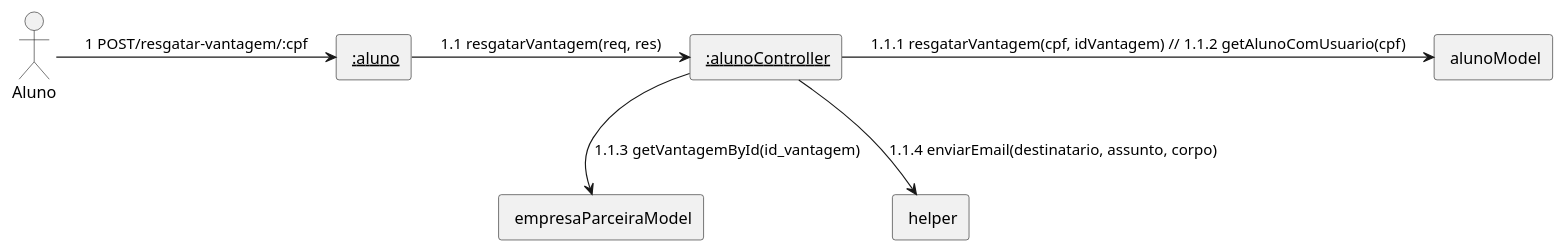
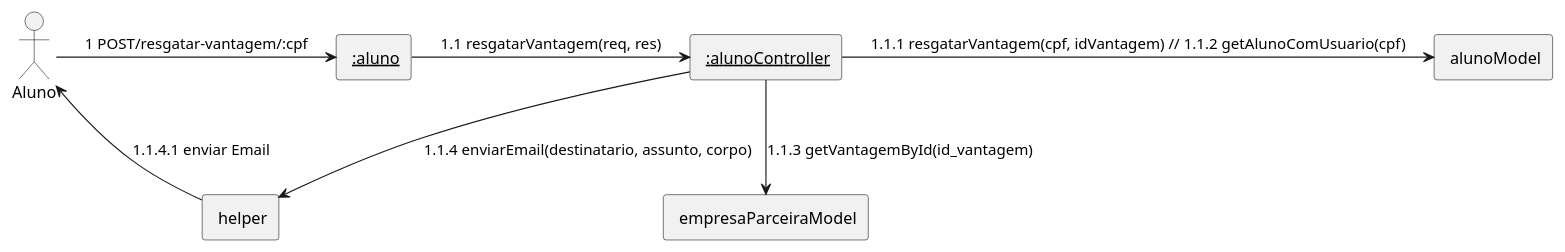
The diagram in laboratorio3/projeto/DiagramaDeComunicacao/trocaVantagensAluno/trocaVantagensAluno.wsd (mmhqs/lab-desenvolvimento-software), drawn with PlantUML before and after one commit. The commit also changed 3 other files, not shown here.

```diff
--- a/laboratorio3/projeto/DiagramaDeComunicacao/trocaVantagensAluno/trocaVantagensAluno.wsd
+++ b/laboratorio3/projeto/DiagramaDeComunicacao/trocaVantagensAluno/trocaVantagensAluno.wsd
@@ -1,15 +1,16 @@
 @startuml
 skinparam linestyle ortho
 actor "Aluno" as aluno
 rectangle "<u> :aluno" as routes
 rectangle "<u> :alunoController" as controller
 rectangle " alunoModel" as model
 rectangle " empresaParceiraModel" as parceiramodel
 rectangle " helper" as helper
 
 aluno -right-> routes: 1 POST/resgatar-vantagem/:cpf 
 routes -right-> controller: 1.1 resgatarVantagem(req, res) 
 controller -right-> model: 1.1.1 resgatarVantagem(cpf, idVantagem) // 1.1.2 getAlunoComUsuario(cpf) 
 controller --> parceiramodel: 1.1.3 getVantagemById(id_vantagem)
 controller --> helper: 1.1.4 enviarEmail(destinatario, assunto, corpo)
+helper --> aluno: 1.1.4.1 enviar Email
 @enduml
```
